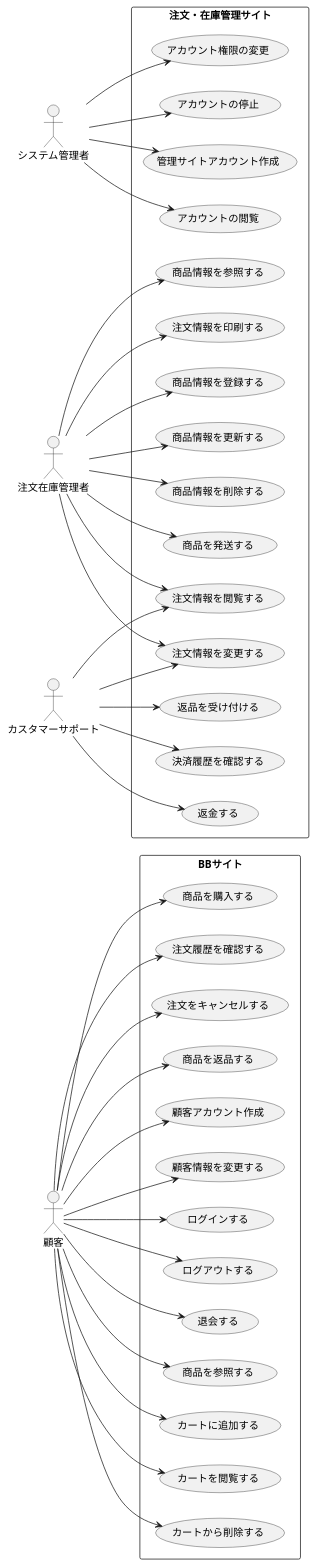
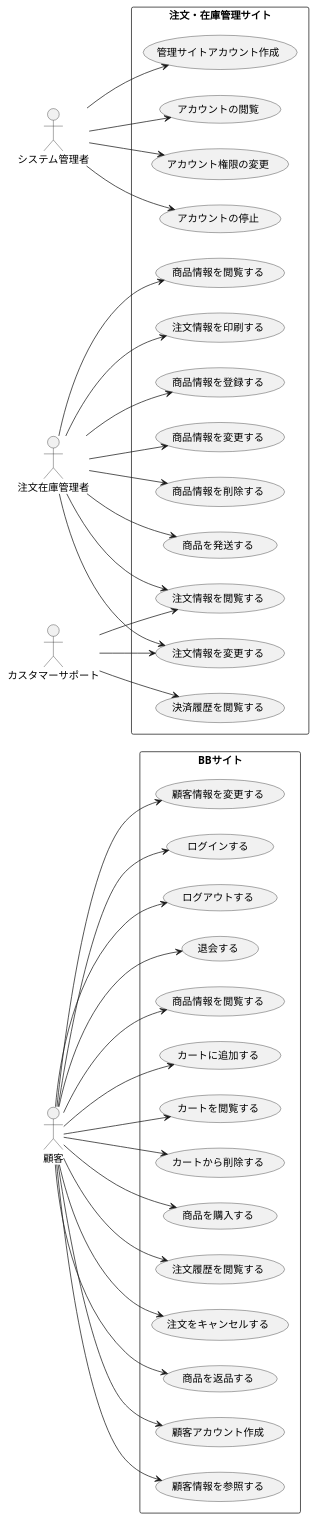
Before and after one commit to FujikawaHirono0520/group3_1_dogdog: the diagram in BB/usecase.pu, drawn with PlantUML. The commit also changed 2 other files, not shown here.

```diff
--- a/BB/usecase.pu
+++ b/BB/usecase.pu
@@ -1,79 +1,77 @@
 @startuml BB注文管理システムユースケース図
 left to right direction
 actor 顧客 as U
 
 actor システム管理者 as M
 
 actor 注文在庫管理者 as SM
 
 actor カスタマーサポート as CS
 
 rectangle BBサイト {
   usecase "顧客アカウント作成" as UC1
-  usecase "顧客情報を変更する" as UC2
-  usecase "ログインする" as UC3
-  usecase "ログアウトする" as UC4
-  usecase "退会する" as UC5
-  usecase "商品を参照する" as UC6
-  usecase "カートに追加する" as UC7
-  usecase "カートを閲覧する" as UC8
-  usecase "カートから削除する" as UC9
-  usecase "商品を購入する" as UC10
-  usecase "注文履歴を確認する" as UC11
-  usecase "注文をキャンセルする" as UC12
-  usecase "商品を返品する" as UC13
+  usecase "顧客情報を参照する" as UC2
+  usecase "顧客情報を変更する" as UC3
+  usecase "ログインする" as UC4
+  usecase "ログアウトする" as UC5
+  usecase "退会する" as UC6
+  usecase "商品情報を閲覧する" as UC7
+  usecase "カートに追加する" as UC8
+  usecase "カートを閲覧する" as UC9
+  usecase "カートから削除する" as UC10
+  usecase "商品を購入する" as UC11
+  usecase "注文履歴を閲覧する" as UC12
+  usecase "注文をキャンセルする" as UC13
+  usecase "商品を返品する" as UC14
 }
 
 rectangle 注文・在庫管理サイト {
-  usecase "管理サイトアカウント作成" as UC14
-  usecase "アカウントの閲覧" as UC15
-  usecase "アカウント権限の変更" as UC16
-  usecase "アカウントの停止" as UC17
-  usecase "商品情報を登録する" as UC18
-  usecase "商品情報を更新する" as UC19
-  usecase "商品情報を削除する" as UC20
-  usecase "商品を発送する" as UC21
-  usecase "商品情報を参照する" as UC22
-  usecase "注文情報を印刷する" as UC23
-  usecase "注文情報を閲覧する" as UC24
-  usecase "注文情報を変更する" as UC25
-  usecase "返金する" as UC26
-  usecase "返品を受け付ける" as UC27
-  usecase "決済履歴を確認する" as UC28
+  usecase "管理サイトアカウント作成" as UC15
+  usecase "アカウントの閲覧" as UC16
+  usecase "アカウント権限の変更" as UC17
+  usecase "アカウントの停止" as UC18
+  usecase "商品情報を登録する" as UC19
+  usecase "商品情報を変更する" as UC20
+  usecase "商品情報を削除する" as UC21
+  usecase "商品を発送する" as UC22
+  usecase "商品情報を閲覧する" as UC23
+  usecase "注文情報を印刷する" as UC24
+  usecase "注文情報を閲覧する" as UC25
+  usecase "注文情報を変更する" as UC26
+  usecase "決済履歴を閲覧する" as UC27
 }
 
 U --> UC1
 U --> UC2
 U --> UC3
 U --> UC4
 U --> UC5
 U --> UC6
 U --> UC7
 U --> UC8
 U --> UC9
 U --> UC10
 U --> UC11
 U --> UC12
 U --> UC13
+U --> UC14
 
-M --> UC14
 M --> UC15
 M --> UC16
 M --> UC17
+M --> UC18
 
-SM --> UC18
 SM --> UC19
 SM --> UC20
 SM --> UC21
 SM --> UC22
 SM --> UC23
 SM --> UC24
 SM --> UC25
+SM --> UC26
 
-CS --> UC24
 CS --> UC25
 CS --> UC26
 CS --> UC27
-CS --> UC28
 
 @enduml
```
